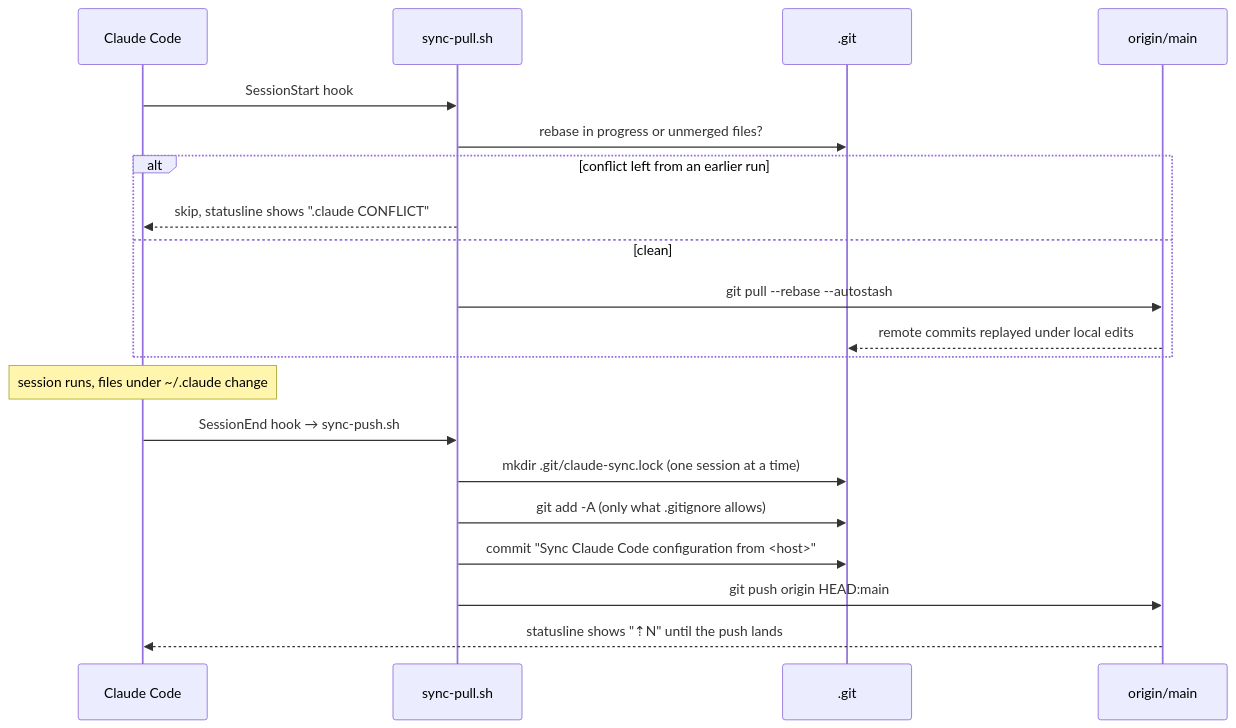
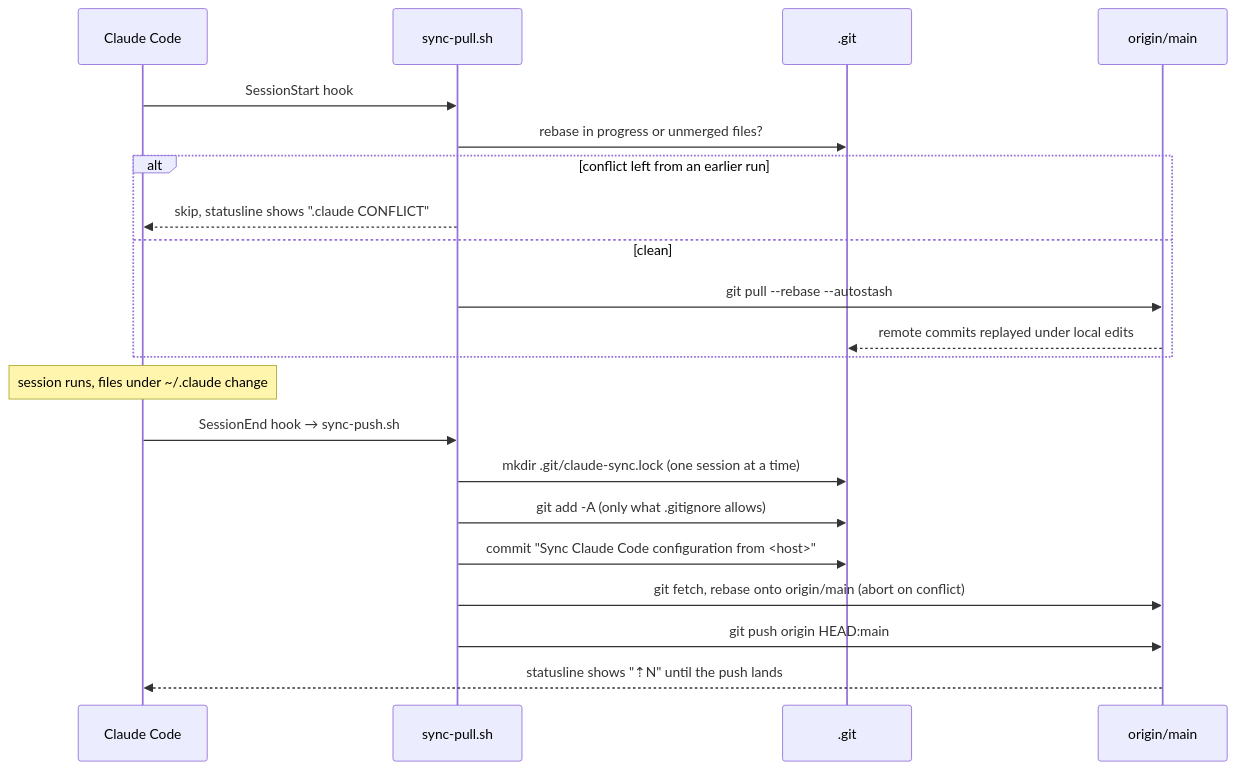
Before and after one commit to new-marty/dotclaude: the second of 2 diagrams in README.md, drawn with Mermaid. The commit also changed other lines of this file and 3 other files, not shown here.

First line of the commit message:
fix(sync): rebase onto origin/main before the SessionEnd push

````diff
--- a/README.md
+++ b/README.md
@@ -84,22 +84,23 @@
 ```mermaid
 sequenceDiagram
     participant CC as Claude Code
     participant P as sync-pull.sh
     participant G as .git
     participant R as origin/main
     CC->>P: SessionStart hook
     P->>G: rebase in progress or unmerged files?
     alt conflict left from an earlier run
         P-->>CC: skip, statusline shows ".claude CONFLICT"
     else clean
         P->>R: git pull --rebase --autostash
         R-->>G: remote commits replayed under local edits
     end
     Note over CC: session runs, files under ~/.claude change
     CC->>P: SessionEnd hook → sync-push.sh
     P->>G: mkdir .git/claude-sync.lock (one session at a time)
     P->>G: git add -A (only what .gitignore allows)
     P->>G: commit "Sync Claude Code configuration from <host>"
+    P->>R: git fetch, rebase onto origin/main (abort on conflict)
     P->>R: git push origin HEAD:main
     R-->>CC: statusline shows "⇡N" until the push lands
 ```
````
